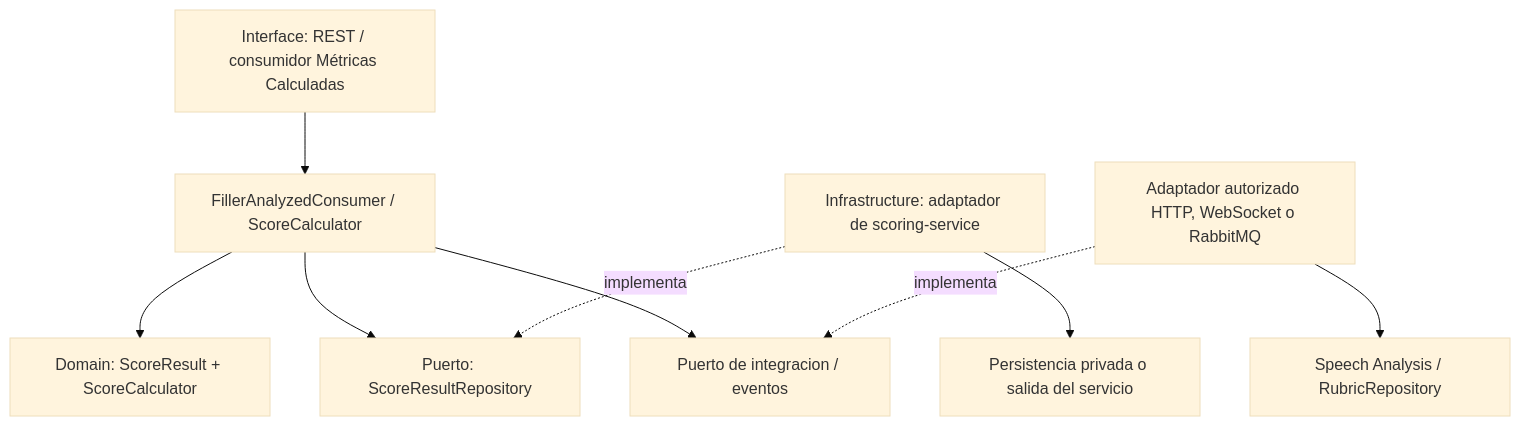
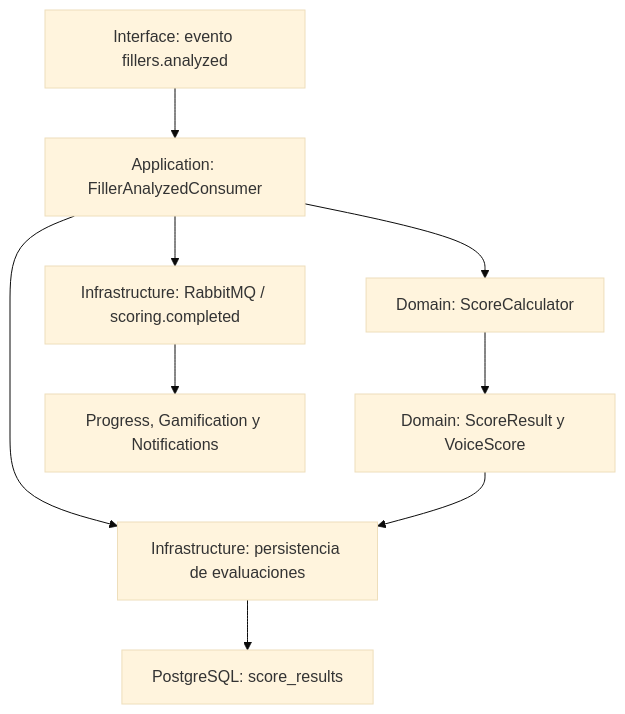
Before and after one commit to upc-pre-202620-si728-16365-thropic/talki-project-report: the diagram in assets/diagrams/tactical/03-scoring-feedback-components.mmd, drawn with Mermaid (base theme). The commit also changed 20 other files, not shown here.

```diff
--- a/assets/diagrams/tactical/03-scoring-feedback-components.mmd
+++ b/assets/diagrams/tactical/03-scoring-feedback-components.mmd
@@ -1,9 +1,9 @@
 flowchart TB
-    input["Interface: REST / consumidor Métricas Calculadas"] --> app["FillerAnalyzedConsumer / ScoreCalculator"]
-    app --> domain["Domain: ScoreResult + ScoreCalculator"]
-    app --> port["Puerto: ScoreResultRepository"]
-    adapter["Infrastructure: adaptador de scoring-service"] -. implementa .-> port
-    adapter --> resource["Persistencia privada o salida del servicio"]
-    app --> integration["Puerto de integracion / eventos"]
-    infrastructure["Adaptador autorizado HTTP, WebSocket o RabbitMQ"] -. implementa .-> integration
-    infrastructure --> external["Speech Analysis / RubricRepository"]
+  input["Interface: evento fillers.analyzed"] --> app["Application: FillerAnalyzedConsumer"]
+  app --> calculator["Domain: ScoreCalculator"]
+  calculator --> score["Domain: ScoreResult y VoiceScore"]
+  app --> repo["Infrastructure: persistencia de evaluaciones"]
+  score --> repo
+  repo --> db["PostgreSQL: score_results"]
+  app --> broker["Infrastructure: RabbitMQ / scoring.completed"]
+  broker --> next["Progress, Gamification y Notifications"]
```
